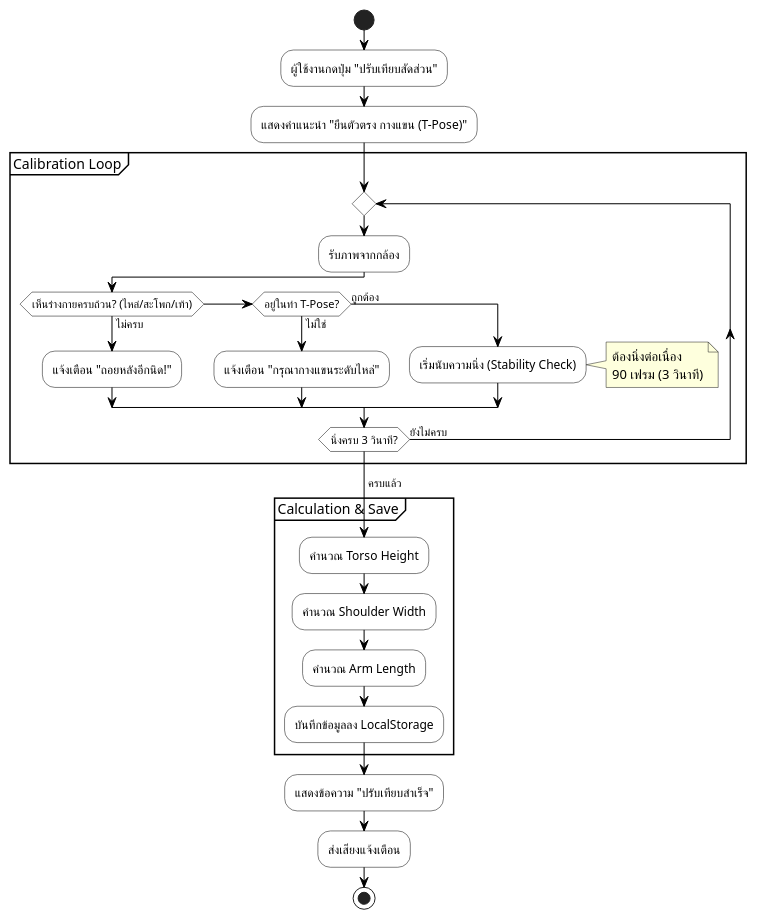
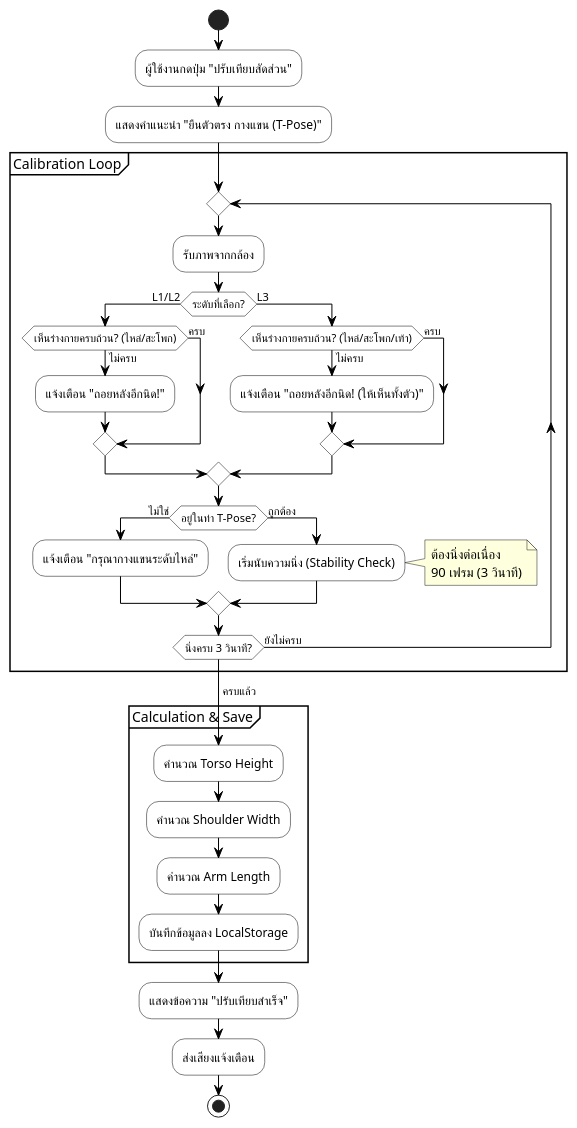
One commit to vyut/TaijiFlow changed the diagram in docs/diagrams/ActivityDiagram_UC01.wsd. Above: the diagram before and after it, drawn with PlantUML. The commit also changed 19 other files, not shown here.

Commit message:
Major Update: Testing, documents and diagrams

```diff
--- a/docs/diagrams/ActivityDiagram_UC01.wsd
+++ b/docs/diagrams/ActivityDiagram_UC01.wsd
@@ -1,45 +1,55 @@
 @startuml TaijiFlow_Activity_Diagram_UC01
 skinparam defaultFontName "sarabun"
 skinparam activity {
     BackgroundColor White
     BorderColor Black
     ArrowColor Black
 }
 
 start
 
 :ผู้ใช้งานกดปุ่ม "ปรับเทียบสัดส่วน";
 :แสดงคำแนะนำ "ยืนตัวตรง กางแขน (T-Pose)";
 
 partition "Calibration Loop" {
     repeat
         :รับภาพจากกล้อง;
         
-        if (เห็นร่างกายครบถ้วน? (ไหล่/สะโพก/เท้า)) then (ไม่ครบ)
-            :แจ้งเตือน "ถอยหลังอีกนิด!";
-        elseif (อยู่ในท่า T-Pose?) then (ไม่ใช่)
+        if (ระดับที่เลือก?) then (L1/L2)
+            if (เห็นร่างกายครบถ้วน? (ไหล่/สะโพก)) then (ไม่ครบ)
+                :แจ้งเตือน "ถอยหลังอีกนิด!";
+            else (ครบ)
+            endif
+        else (L3)
+            if (เห็นร่างกายครบถ้วน? (ไหล่/สะโพก/เท้า)) then (ไม่ครบ)
+                :แจ้งเตือน "ถอยหลังอีกนิด! (ให้เห็นทั้งตัว)";
+            else (ครบ)
+            endif
+        endif
+        
+        if (อยู่ในท่า T-Pose?) then (ไม่ใช่)
             :แจ้งเตือน "กรุณากางแขนระดับไหล่";
         else (ถูกต้อง)
             :เริ่มนับความนิ่ง (Stability Check);
             note right
                 ต้องนิ่งต่อเนื่อง 
                 90 เฟรม (3 วินาที)
             end note
         endif
         
     repeat while (นิ่งครบ 3 วินาที?) is (ยังไม่ครบ)
     -> ครบแล้ว;
 }
 
 partition "Calculation & Save" {
     :คำนวณ Torso Height;
     :คำนวณ Shoulder Width;
     :คำนวณ Arm Length;
     :บันทึกข้อมูลลง LocalStorage;
 }
 
 :แสดงข้อความ "ปรับเทียบสำเร็จ";
 :ส่งเสียงแจ้งเตือน;
 
 stop
 @enduml
```
